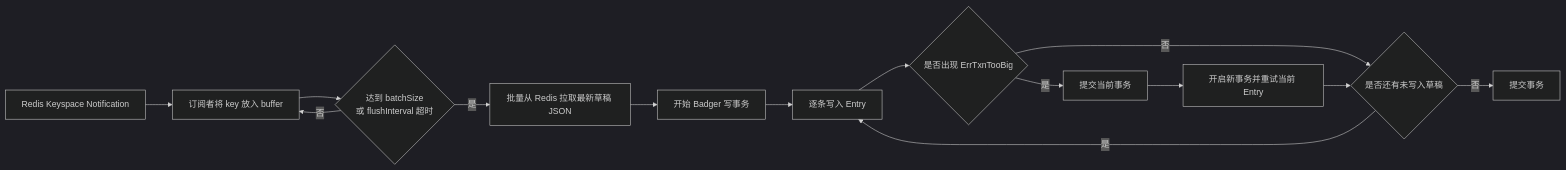
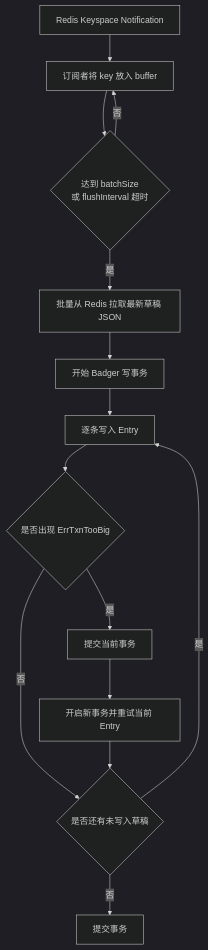
The third of 7 diagrams in biz/design/renderer/editor/README.md (LeeSeika/cv-demo), drawn with Mermaid (dark theme) before and after one commit. The commit also changed other lines of this file and 2 other files, not shown here.

Commit message:
biz mermaid

````diff
--- a/biz/design/renderer/editor/README.md
+++ b/biz/design/renderer/editor/README.md
@@ -209,16 +233,16 @@
 ```mermaid
-flowchart LR
+flowchart TD
 	A[Redis Keyspace Notification] --> B[订阅者将 key 放入 buffer]
-	B --> C{达到 batchSize\n或 flushInterval 超时}
+	B --> C{达到 batchSize<br/>或 flushInterval 超时}
 	C -- 否 --> B
 	C -- 是 --> D[批量从 Redis 拉取最新草稿 JSON]
 	D --> E[开始 Badger 写事务]
 	E --> F[逐条写入 Entry]
 	F --> G{是否出现 ErrTxnTooBig}
 	G -- 否 --> H{是否还有未写入草稿}
 	H -- 是 --> F
 	H -- 否 --> I[提交事务]
 	G -- 是 --> J[提交当前事务]
 	J --> K[开启新事务并重试当前 Entry]
 	K --> H
 ```
````
